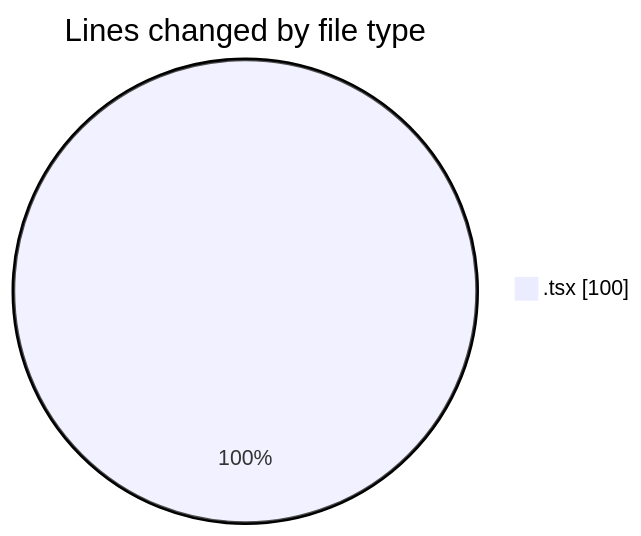
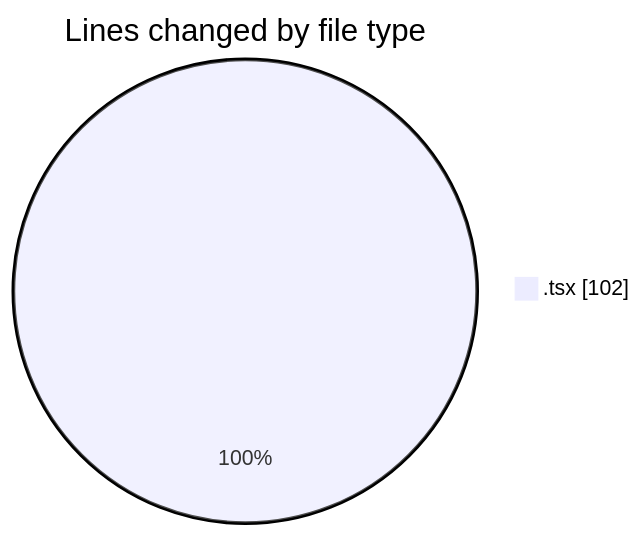
The first of 2 diagrams in 2025-02-13/cda/README.md (momahboobian/code-tracking), drawn with Mermaid before and after one commit. The commit also changed other lines of this file and 1 other file, not shown here.

````diff
--- a/2025-02-13/cda/README.md
+++ b/2025-02-13/cda/README.md
@@ -21,5 +21,5 @@
 ```mermaid
 pie showData
 title Lines changed by file type
-".tsx" : 100
+".tsx" : 102
 ```
````
